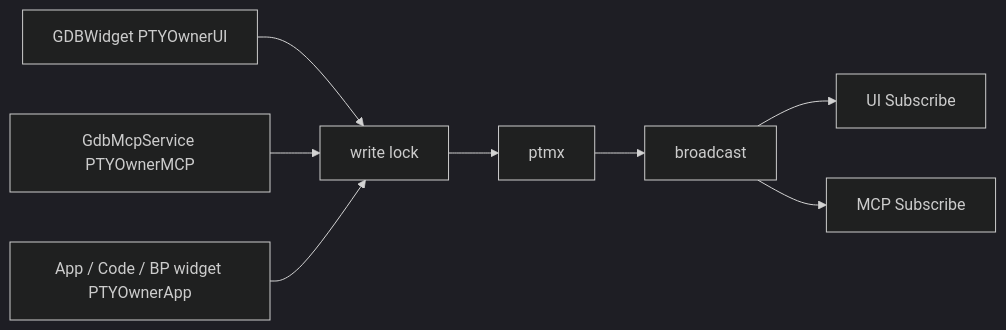
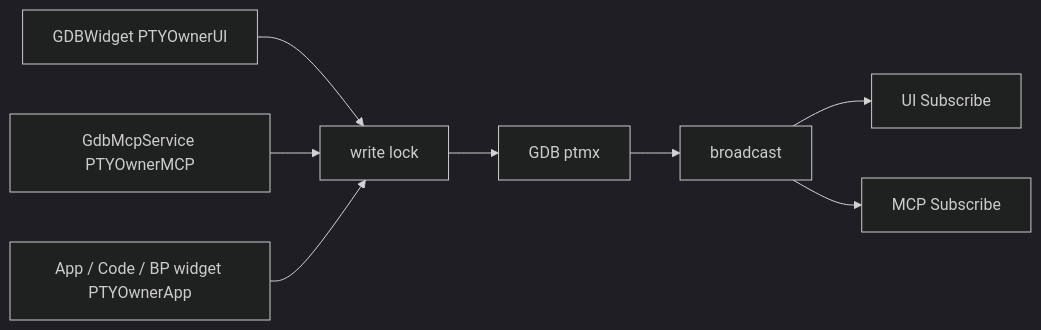
One commit to yairgd/gdbforge changed the second of 6 diagrams in docs/DEBUGGER_INTEGRATION.md. Above: the diagram before and after it, drawn with Mermaid (dark theme). The commit also changed other lines of this file and 132 other files, not shown here.

````diff
--- a/docs/DEBUGGER_INTEGRATION.md
+++ b/docs/DEBUGGER_INTEGRATION.md
@@ -141,14 +158,14 @@
 ```mermaid
 flowchart LR
   UI["GDBWidget PTYOwnerUI"]
   MCP["GdbMcpService PTYOwnerMCP"]
   App["App / Code / BP widget PTYOwnerApp"]
   Lock["write lock"]
   UI --> Lock
   MCP --> Lock
   App --> Lock
-  Lock --> PTMX["ptmx"]
+  Lock --> PTMX["GDB ptmx"]
   PTMX --> Fan["broadcast"]
   Fan --> ChUI["UI Subscribe"]
   Fan --> ChMCP["MCP Subscribe"]
 ```
````
